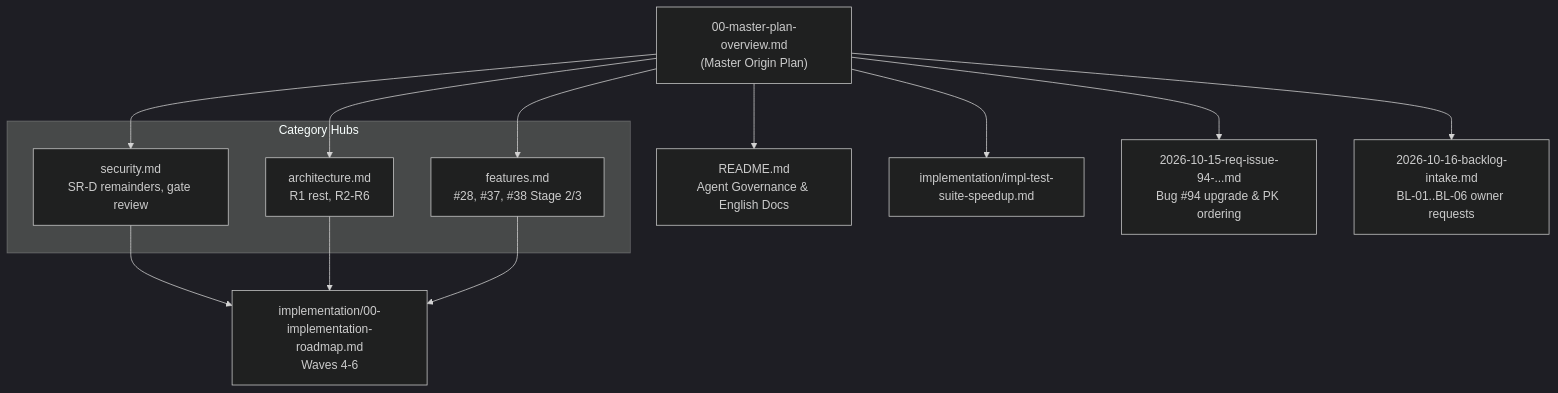
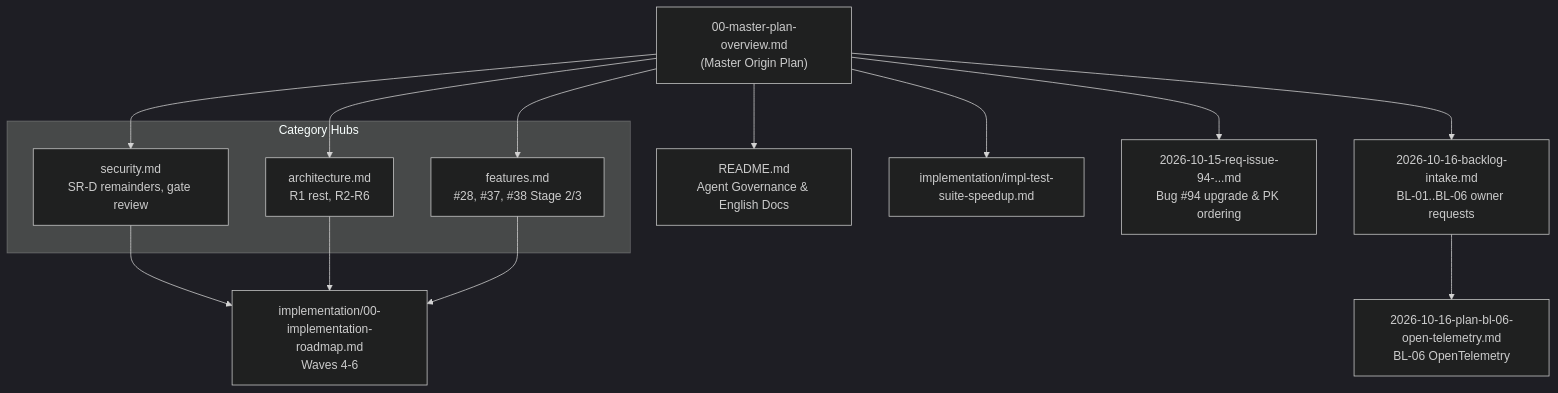
The diagram in docs/plans/00-master-plan-overview.md (themulle/autheris), drawn with Mermaid (dark theme) before and after one commit. The commit also changed other lines of this file and 3 other files, not shown here.

First line of the commit message:
docs(plans): BL-06 architecture plan and security review for OpenTelemetry

````diff
--- a/docs/plans/00-master-plan-overview.md
+++ b/docs/plans/00-master-plan-overview.md
@@ -45,27 +46,29 @@
 ```mermaid
 flowchart TD
     MP["00-master-plan-overview.md<br/>(Master Origin Plan)"]
     AG["README.md<br/>Agent Governance & English Docs"]
     IR["implementation/00-implementation-roadmap.md<br/>Waves 4-6"]
 
     subgraph Categories ["Category Hubs"]
         SR["security.md<br/>SR-D remainders, gate review"]
         AR["architecture.md<br/>R1 rest, R2-R6"]
         FT["features.md<br/>#28, #37, #38 Stage 2/3"]
     end
 
     TS["implementation/impl-test-suite-speedup.md"]
     B94["2026-10-15-req-issue-94-...md<br/>Bug #94 upgrade & PK ordering"]
     BL["2026-10-16-backlog-intake.md<br/>BL-01..BL-06 owner requests"]
+    BL6["2026-10-16-plan-bl-06-open-telemetry.md<br/>BL-06 OpenTelemetry"]
 
     MP --> AG
     MP --> SR
     MP --> AR
     MP --> FT
     MP --> TS
     MP --> B94
     MP --> BL
+    BL --> BL6
     SR --> IR
     AR --> IR
     FT --> IR
 ```
````
